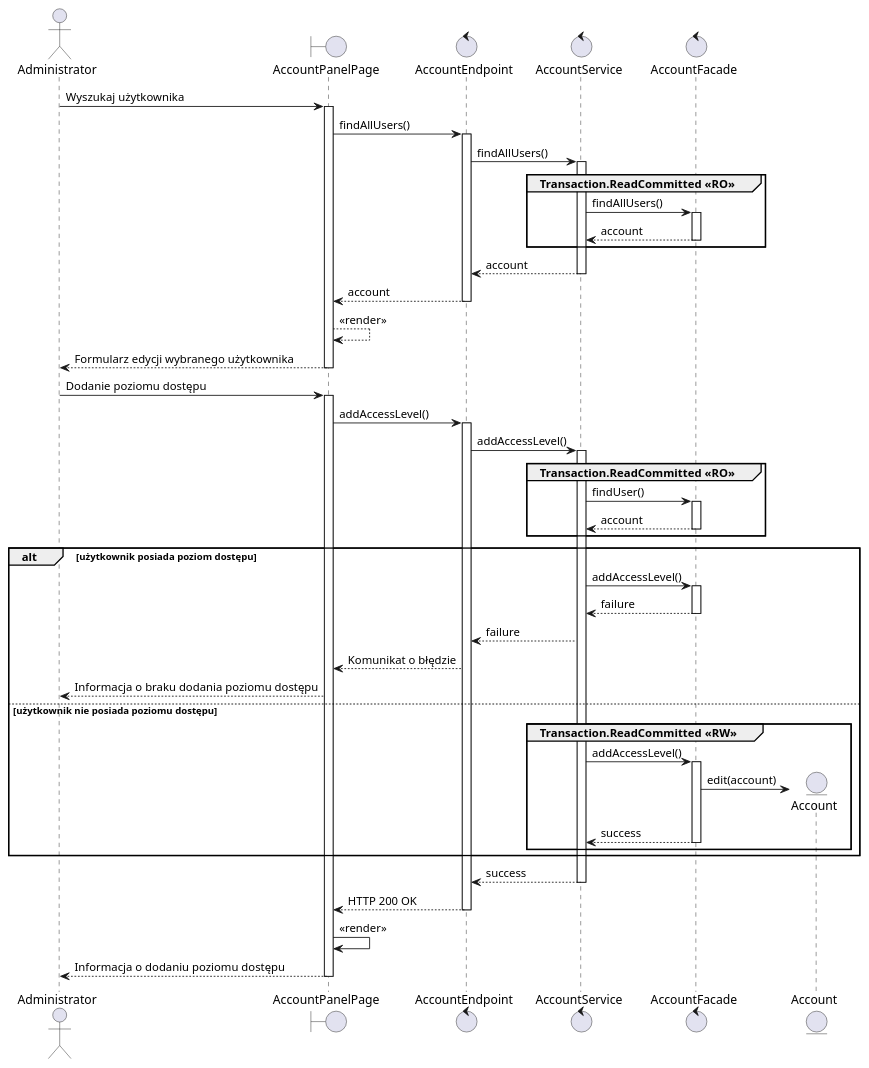
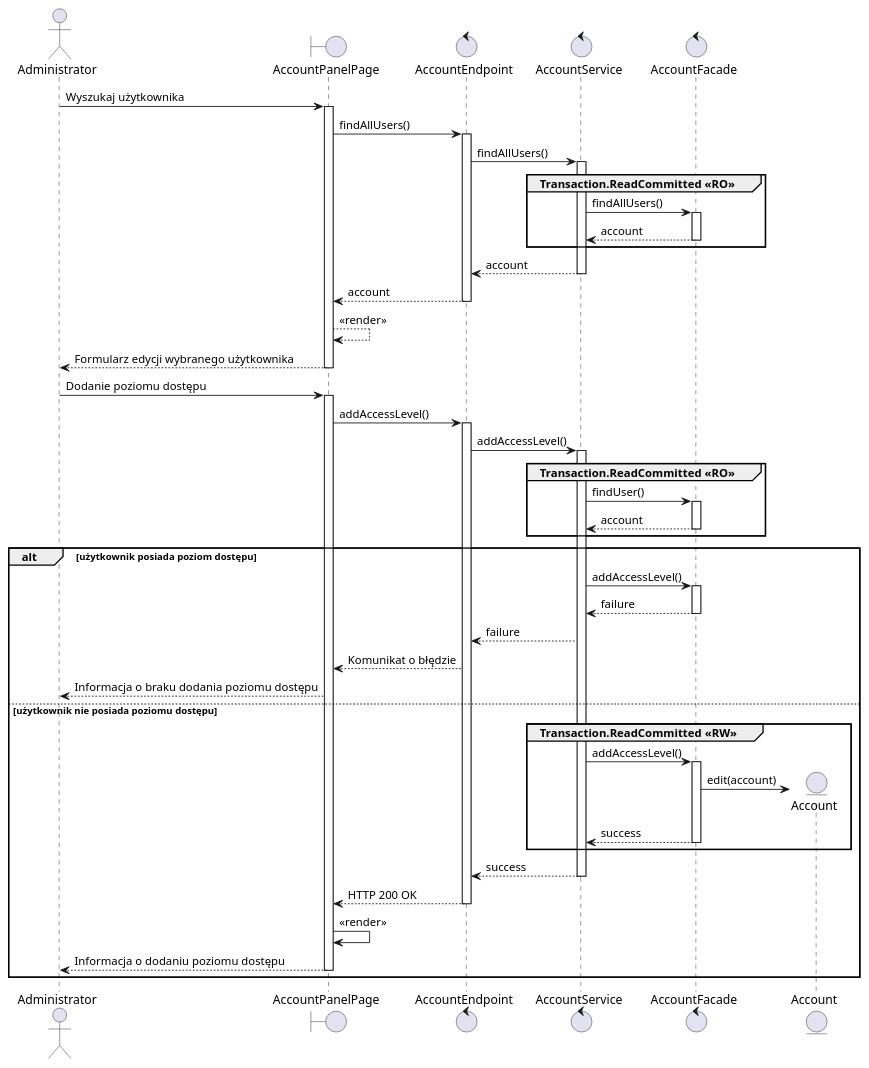
The diagram in src/rozdział 7/mok5.puml (TheVivent-Politechnika-Lodzka/ssbd03_kic_uml), drawn with PlantUML before and after one commit. The commit also changed 3 other files, not shown here.

```diff
--- a/src/rozdział 7/mok5.puml
+++ b/src/rozdział 7/mok5.puml
@@ -1,52 +1,51 @@
 @startuml MOK.5
 
 actor Administrator as admin
 boundary AccountPanelPage as gui
 control AccountEndpoint as controller
 control AccountService as service
 control AccountFacade as facade
 entity Account as account
 
 admin -> gui ++ : Wyszukaj użytkownika
 gui -> controller ++ :  findAllUsers()
 controller -> service ++ : findAllUsers()
 group Transaction.ReadCommitted <<RO>>
     service -> facade ++ : findAllUsers()
     return account
 end
 return account
 return account
 gui --> gui : <<render>>
 return Formularz edycji wybranego użytkownika
 
 admin -> gui ++ : Dodanie poziomu dostępu
 gui -> controller ++ : addAccessLevel()
 controller -> service ++ : addAccessLevel() 
 
 group Transaction.ReadCommitted <<RO>>
     service -> facade ++ : findUser()
     return account
 end
 
 
 alt użytkownik posiada poziom dostępu
     service -> facade ++ : addAccessLevel()
     return failure
     service --> controller : failure
     controller --> gui : Komunikat o błędzie
     gui --> admin : Informacja o braku dodania poziomu dostępu
 else użytkownik nie posiada poziomu dostępu
     group Transaction.ReadCommitted <<RW>>
         service -> facade ++ : addAccessLevel()
         facade -> account ** : edit(account)
         return success
     end
-end
 
 return success
 return HTTP 200 OK
 gui -> gui : <<render>>
 return Informacja o dodaniu poziomu dostępu
-
+end
 
 @enduml
```
